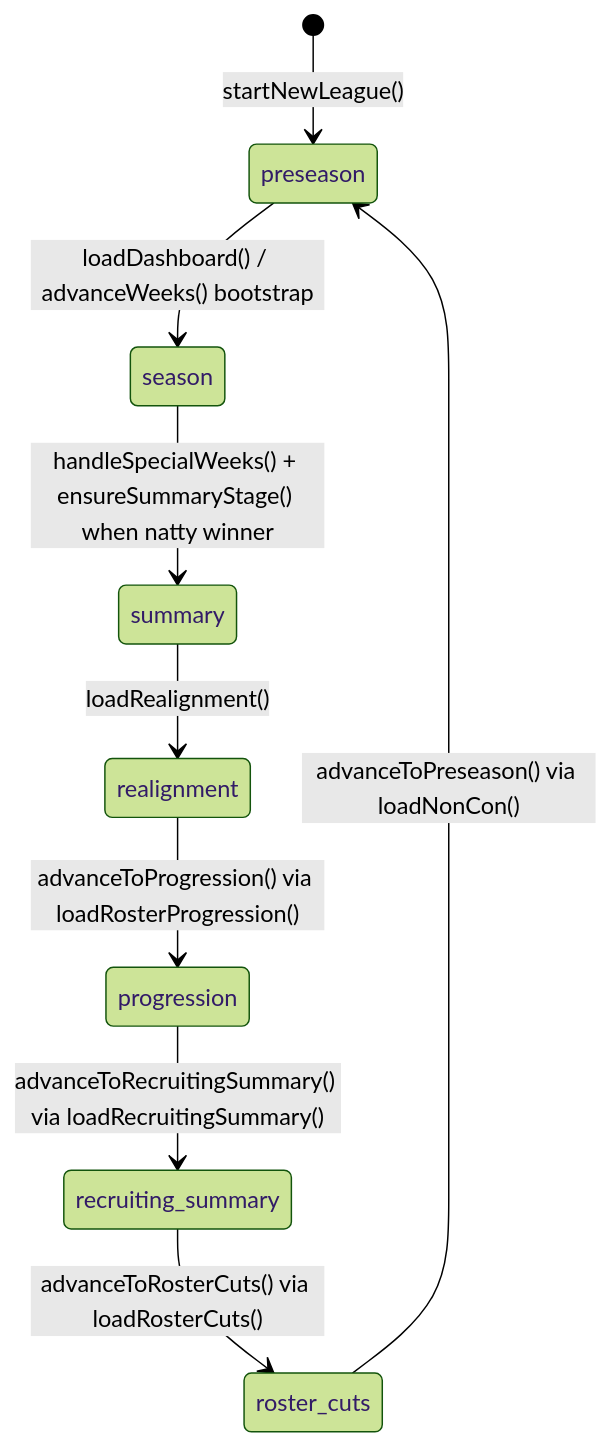
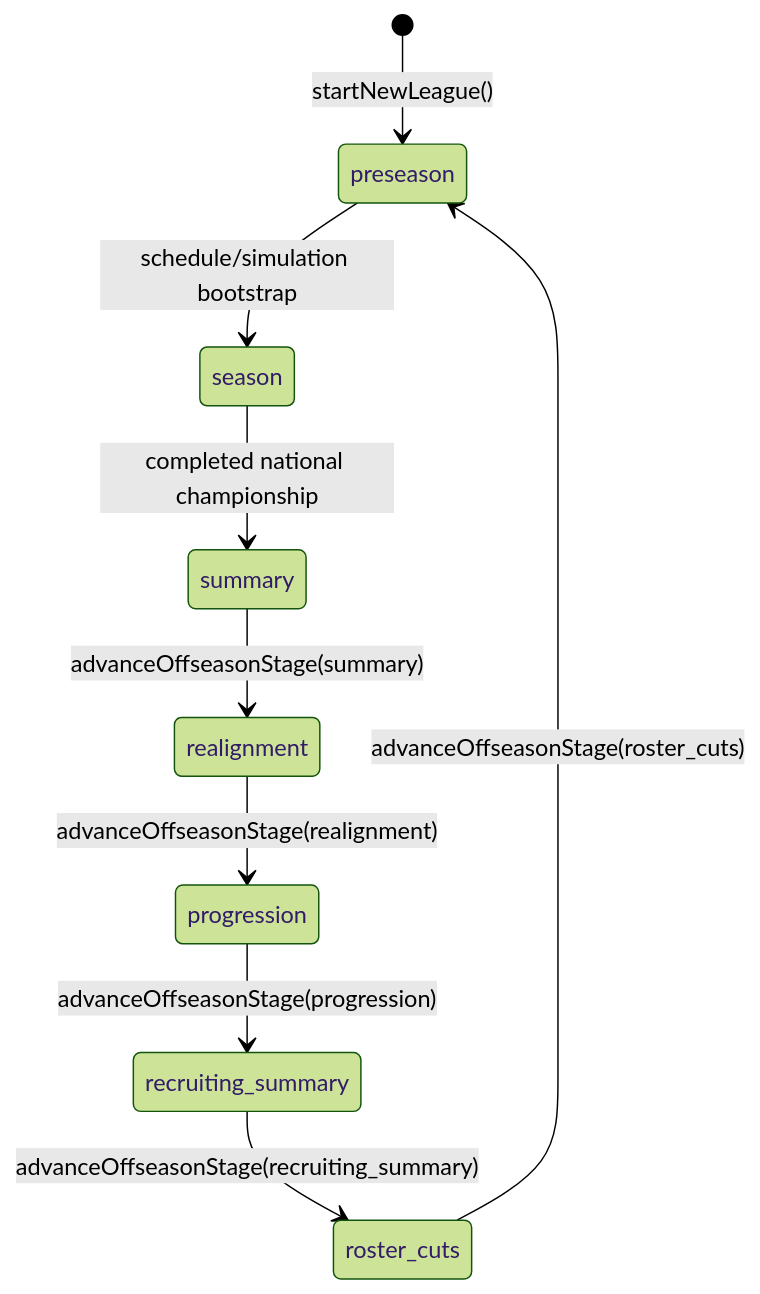
The diagram in docs/architecture/season-state-machine.md (rdettling/cfbsim), drawn with Mermaid (forest theme) before and after one commit. The commit also changed other lines of this file and 225 other files, not shown here.

````diff
--- a/docs/architecture/season-state-machine.md
+++ b/docs/architecture/season-state-machine.md
@@ -44,11 +69,11 @@
 ```mermaid
 stateDiagram-v2
   [*] --> preseason : startNewLeague()
-  preseason --> season : loadDashboard() / advanceWeeks() bootstrap
-  season --> summary : handleSpecialWeeks() + ensureSummaryStage() when natty winner
-  summary --> realignment : loadRealignment()
-  realignment --> progression : advanceToProgression() via loadRosterProgression()
-  progression --> recruiting_summary : advanceToRecruitingSummary() via loadRecruitingSummary()
-  recruiting_summary --> roster_cuts : advanceToRosterCuts() via loadRosterCuts()
-  roster_cuts --> preseason : advanceToPreseason() via loadNonCon()
+  preseason --> season : schedule/simulation bootstrap
+  season --> summary : completed national championship
+  summary --> realignment : advanceOffseasonStage(summary)
+  realignment --> progression : advanceOffseasonStage(realignment)
+  progression --> recruiting_summary : advanceOffseasonStage(progression)
+  recruiting_summary --> roster_cuts : advanceOffseasonStage(recruiting_summary)
+  roster_cuts --> preseason : advanceOffseasonStage(roster_cuts)
 ```
````
